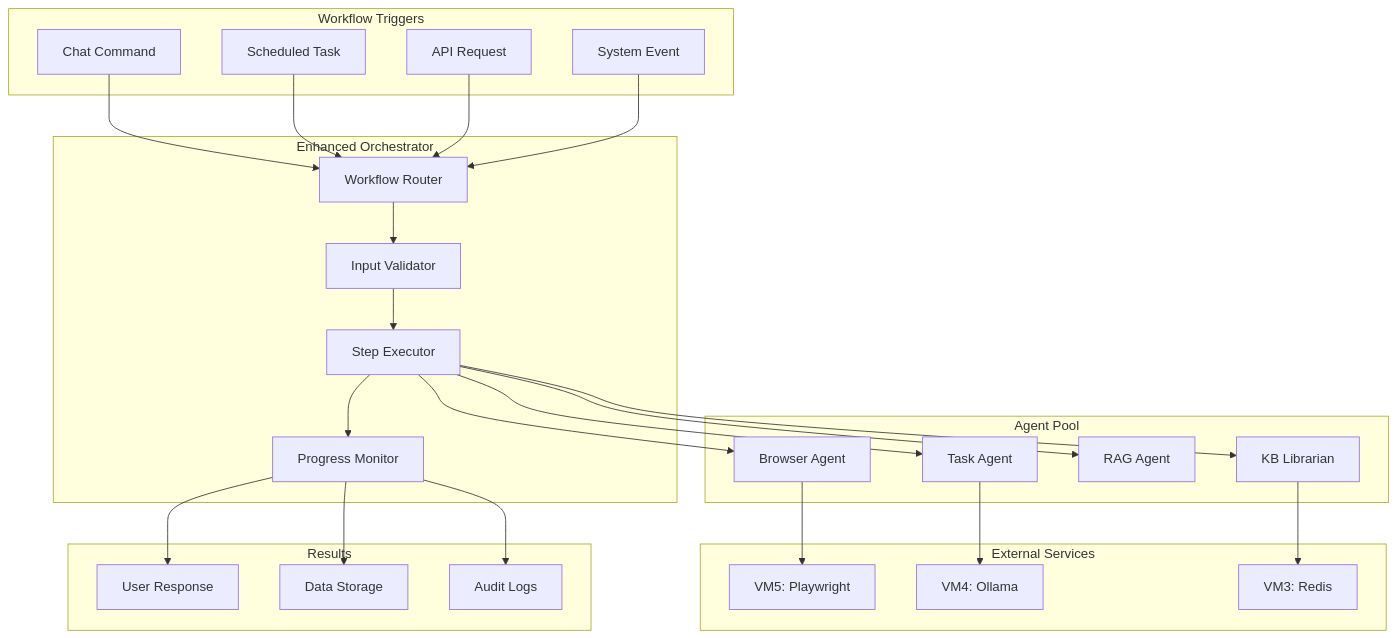
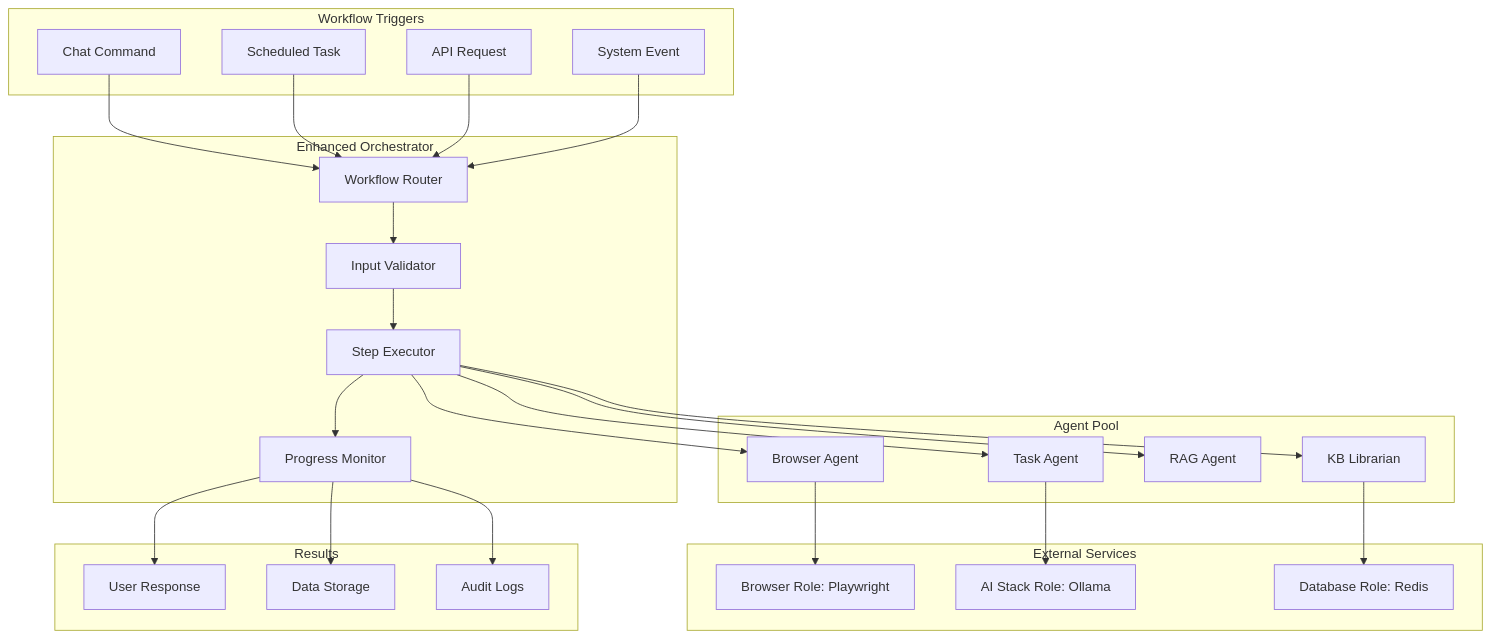
Before and after one commit to mrveiss/AutoBot-AI: the fourth of 8 diagrams in docs/architecture/data-flows.md, drawn with Mermaid. The commit also changed other lines of this file and 13 other files, not shown here.

````diff
--- a/docs/architecture/data-flows.md
+++ b/docs/architecture/data-flows.md
@@ -172,57 +172,57 @@
 ```mermaid
 flowchart TB
     subgraph Trigger["Workflow Triggers"]
         Chat[Chat Command]
         Schedule[Scheduled Task]
         API_Call[API Request]
         Event[System Event]
     end
 
     subgraph Orchestrator["Enhanced Orchestrator"]
         Router[Workflow Router]
         Validator[Input Validator]
         Executor[Step Executor]
         Monitor[Progress Monitor]
     end
 
     subgraph Agents["Agent Pool"]
         KB_Agent[KB Librarian]
         Task_Agent[Task Agent]
         RAG_Agent[RAG Agent]
         Browser_Agent[Browser Agent]
     end
 
     subgraph External["External Services"]
-        Browser_VM[VM5: Playwright]
-        AI_VM[VM4: Ollama]
-        Redis_VM[VM3: Redis]
+        Browser_VM[Browser Role: Playwright]
+        AI_VM[AI Stack Role: Ollama]
+        Redis_VM[Database Role: Redis]
     end
 
     subgraph Output["Results"]
         Response[User Response]
         Storage[Data Storage]
         Logs[Audit Logs]
     end
 
     Chat --> Router
     Schedule --> Router
     API_Call --> Router
     Event --> Router
 
     Router --> Validator
     Validator --> Executor
     Executor --> Monitor
 
     Executor --> KB_Agent
     Executor --> Task_Agent
     Executor --> RAG_Agent
     Executor --> Browser_Agent
 
     KB_Agent --> Redis_VM
     Task_Agent --> AI_VM
     Browser_Agent --> Browser_VM
 
     Monitor --> Response
     Monitor --> Storage
     Monitor --> Logs
 ```
````
